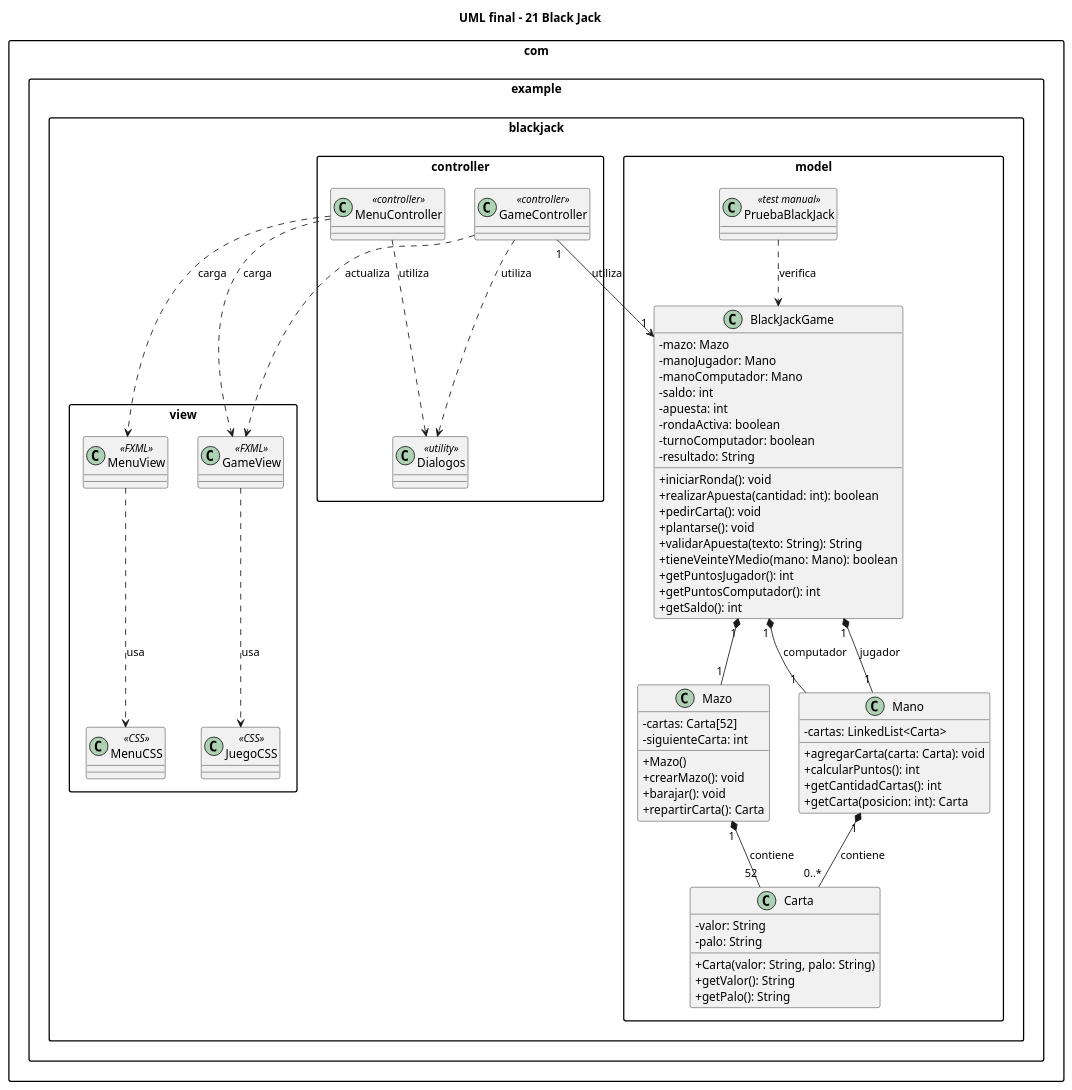
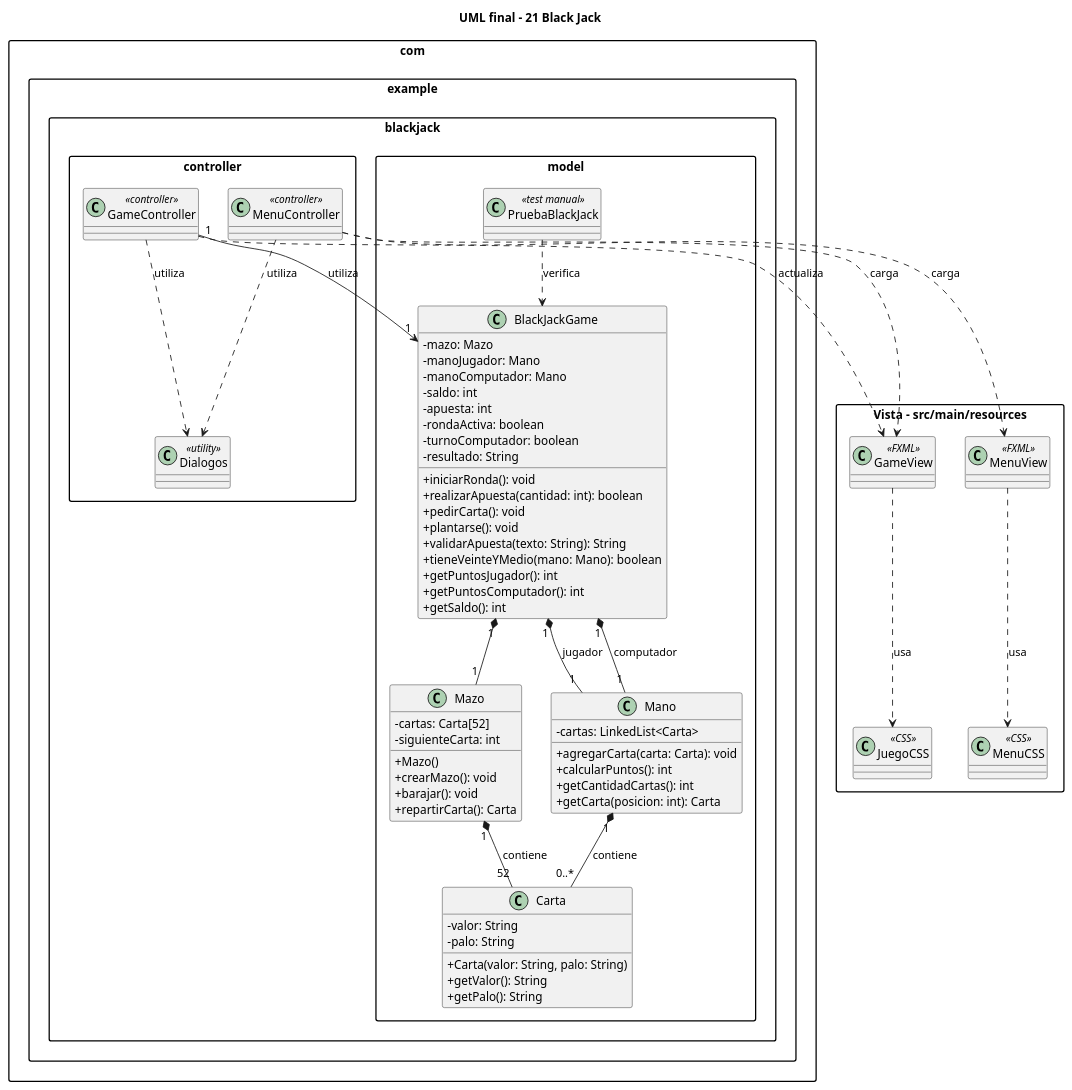
One commit to jampooljrr-lang/BlackJack changed the diagram in docs/UML_final.puml. Above: the diagram before and after it, drawn with PlantUML. The commit also changed 5 other files, not shown here.

Commit message:
confirmación al cerrar con la X, UML inicial, documentación y ajustes

```diff
--- a/docs/UML_final.puml
+++ b/docs/UML_final.puml
@@ -1,78 +1,78 @@
 @startuml UML_final_BlackJack
 title UML final - 21 Black Jack
 skinparam classAttributeIconSize 0
 skinparam packageStyle rectangle
 
 package "com.example.blackjack.model" {
   class Carta {
     - valor: String
     - palo: String
     + Carta(valor: String, palo: String)
     + getValor(): String
     + getPalo(): String
   }
   class Mano {
     - cartas: LinkedList<Carta>
     + agregarCarta(carta: Carta): void
     + calcularPuntos(): int
     + getCantidadCartas(): int
     + getCarta(posicion: int): Carta
   }
   class Mazo {
     - cartas: Carta[52]
     - siguienteCarta: int
     + Mazo()
     + crearMazo(): void
     + barajar(): void
     + repartirCarta(): Carta
   }
   class BlackJackGame {
     - mazo: Mazo
     - manoJugador: Mano
     - manoComputador: Mano
     - saldo: int
     - apuesta: int
     - rondaActiva: boolean
     - turnoComputador: boolean
     - resultado: String
     + iniciarRonda(): void
     + realizarApuesta(cantidad: int): boolean
     + pedirCarta(): void
     + plantarse(): void
     + validarApuesta(texto: String): String
     + tieneVeinteYMedio(mano: Mano): boolean
     + getPuntosJugador(): int
     + getPuntosComputador(): int
     + getSaldo(): int
   }
   class PruebaBlackJack <<test manual>>
 }
 
 package "com.example.blackjack.controller" {
   class MenuController <<controller>>
   class GameController <<controller>>
   class Dialogos <<utility>>
 }
 
-package "com.example.blackjack.view" {
+package "Vista - src/main/resources" {
   class MenuView <<FXML>>
   class GameView <<FXML>>
   class MenuCSS <<CSS>>
   class JuegoCSS <<CSS>>
 }
 
 Mazo "1" *-- "52" Carta : contiene
 Mano "1" *-- "0..*" Carta : contiene
 BlackJackGame "1" *-- "1" Mazo
 BlackJackGame "1" *-- "1" Mano : jugador
 BlackJackGame "1" *-- "1" Mano : computador
 GameController "1" --> "1" BlackJackGame : utiliza
 GameController ..> GameView : actualiza
 MenuController ..> MenuView : carga
 MenuController ..> GameView : carga
 MenuController ..> Dialogos : utiliza
 GameController ..> Dialogos : utiliza
 MenuView ..> MenuCSS : usa
 GameView ..> JuegoCSS : usa
 PruebaBlackJack ..> BlackJackGame : verifica
 @enduml
```
